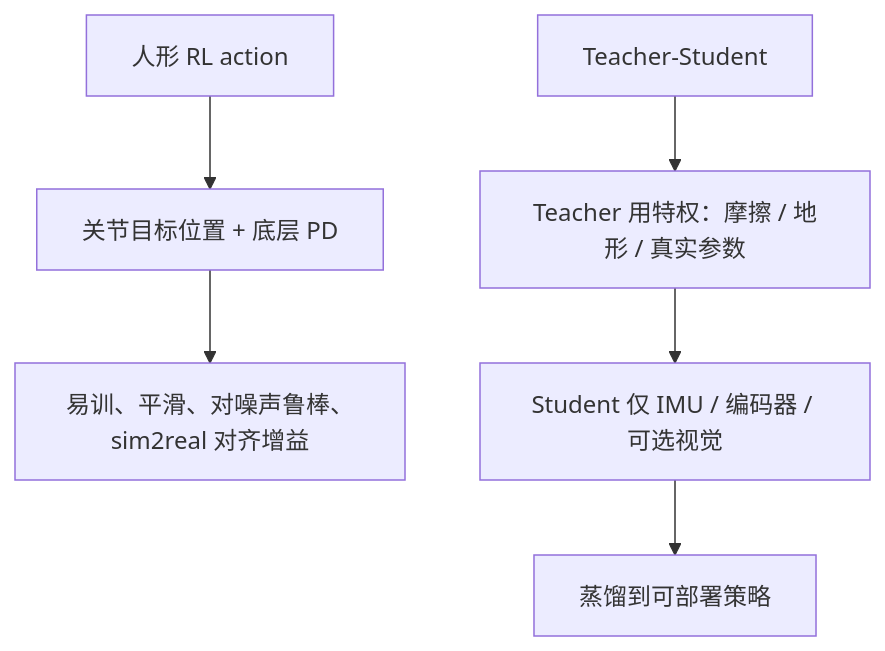
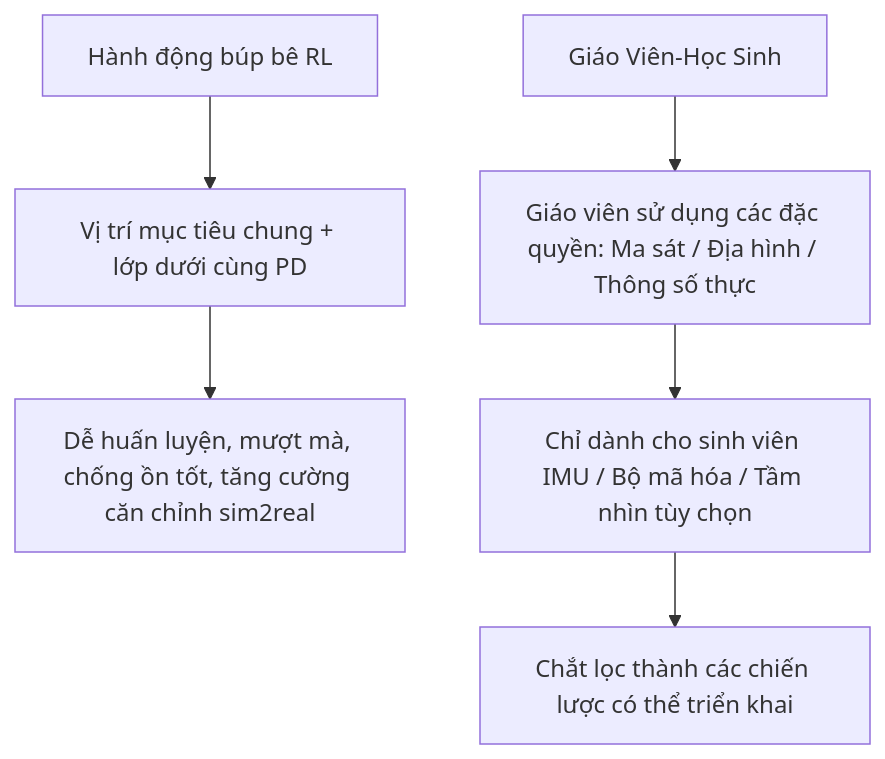
Diagram 19 of 33 in roadmap/motion-control.md (ledinhtuyen/Robotics_Notebooks), drawn with Mermaid before and after one commit. The commit also changed other lines of this file, not shown here.

Commit message:
docs(roadmap): 完成 motion-control 全文越南语翻译

````diff
--- a/roadmap/motion-control.md
+++ b/roadmap/motion-control.md
@@ -1243,8 +1257,8 @@
 ```mermaid
 flowchart TD
-  Act[人形 RL action] --> Pos[关节目标位置 + 底层 PD]
-  Pos --> Why[易训、平滑、对噪声鲁棒、sim2real 对齐增益]
-  Teach[Teacher-Student] --> Priv[Teacher 用特权：摩擦 / 地形 / 真实参数]
-  Priv --> Stud[Student 仅 IMU / 编码器 / 可选视觉]
-  Stud --> Distill[蒸馏到可部署策略]
+  Act[Hành động búp bê RL] --> Pos[Vị trí mục tiêu chung + lớp dưới cùng PD]
+  Pos --> Why[Dễ huấn luyện, mượt mà, chống ồn tốt, tăng cường căn chỉnh sim2real]
+  Teach[Giáo Viên-Học Sinh] --> Priv[Giáo viên sử dụng các đặc quyền: Ma sát / Địa hình / Thông số thực]
+  Priv --> Stud[Chỉ dành cho sinh viên IMU / Bộ mã hóa / Tầm nhìn tùy chọn]
+  Stud --> Distill[Chắt lọc thành các chiến lược có thể triển khai]
 ```
````
